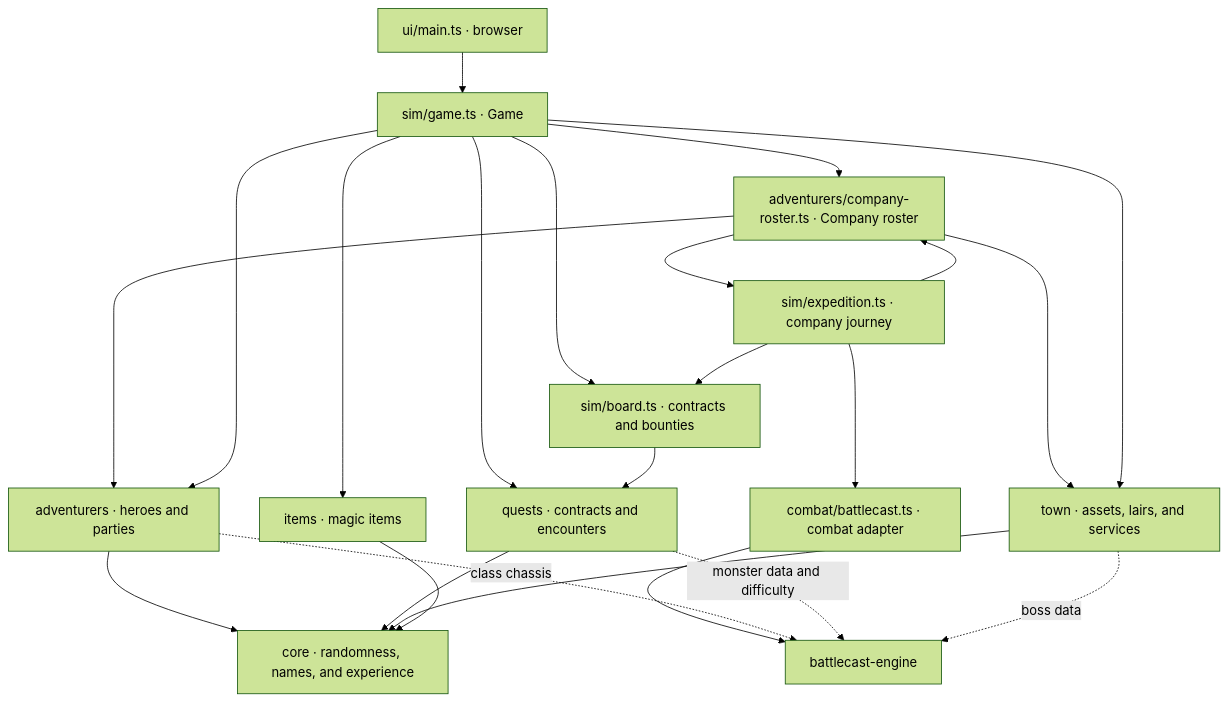
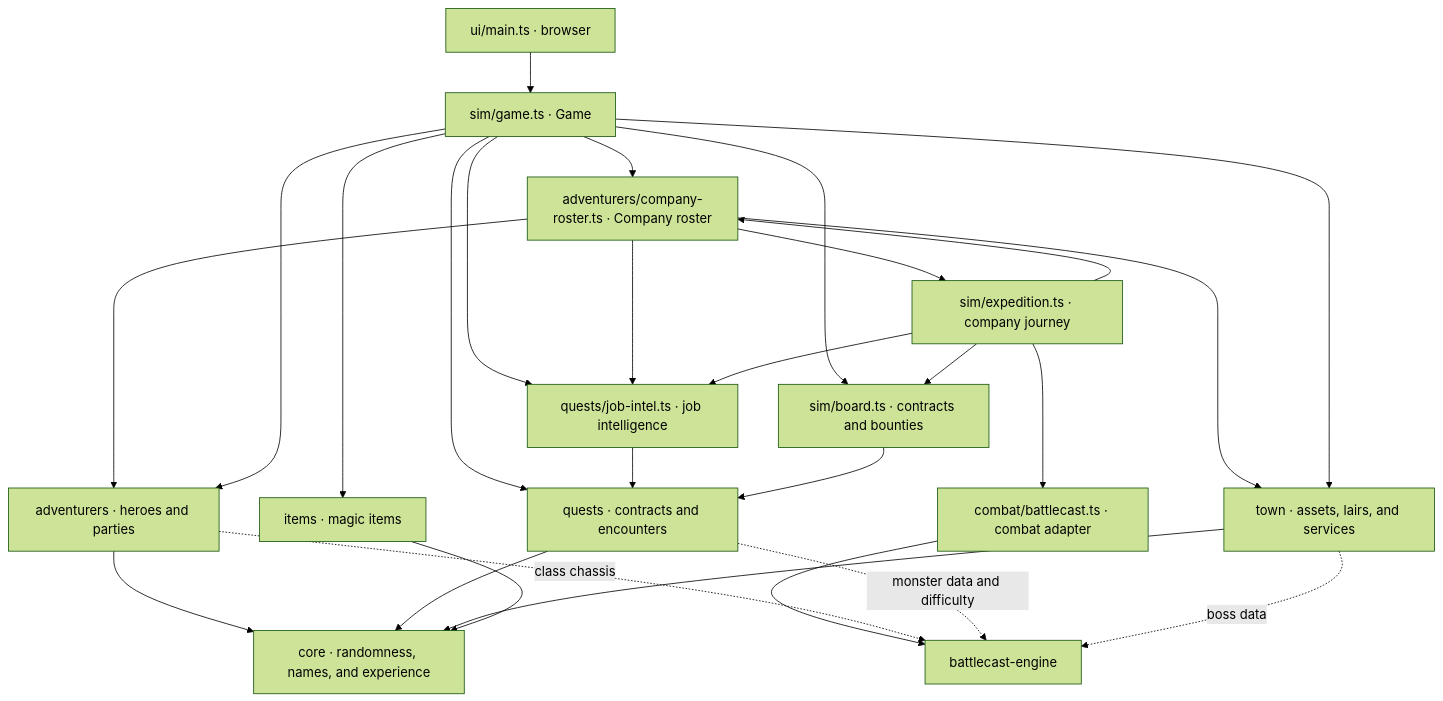
The diagram in docs/ARCHITECTURE-INTERFACES.md (carloscasalar/d20-idle-town), drawn with Mermaid (forest theme) before and after one commit. The commit also changed other lines of this file and 17 other files, not shown here.

First line of the commit message:
refactor: job intelligence in one module

````diff
--- a/docs/ARCHITECTURE-INTERFACES.md
+++ b/docs/ARCHITECTURE-INTERFACES.md
@@ -7,25 +7,29 @@
 ```mermaid
 flowchart TD
   UI["ui/main.ts · browser"] --> GAME["sim/game.ts · Game"]
   GAME --> ROSTER["adventurers/company-roster.ts · Company roster"]
   ROSTER --> PEOPLE
   ROSTER --> TOWN
   EXPEDITION --> ROSTER
   GAME --> PEOPLE["adventurers · heroes and parties"]
   GAME --> QUESTS["quests · contracts and encounters"]
+  GAME --> INTEL["quests/job-intel.ts · job intelligence"]
+  ROSTER --> INTEL
+  EXPEDITION --> INTEL
+  INTEL --> QUESTS
   GAME --> TOWN["town · assets, lairs, and services"]
   GAME --> ITEMS["items · magic items"]
   GAME --> BOARD["sim/board.ts · contracts and bounties"]
   BOARD --> QUESTS
   ROSTER --> EXPEDITION["sim/expedition.ts · company journey"]
   EXPEDITION --> BOARD
   EXPEDITION --> COMBAT["combat/battlecast.ts · combat adapter"]
   PEOPLE --> CORE["core · randomness, names, and experience"]
   QUESTS --> CORE
   TOWN --> CORE
   ITEMS --> CORE
   COMBAT --> ENGINE["battlecast-engine"]
   PEOPLE -. "class chassis" .-> ENGINE
   QUESTS -. "monster data and difficulty" .-> ENGINE
   TOWN -. "boss data" .-> ENGINE
 ```
````
